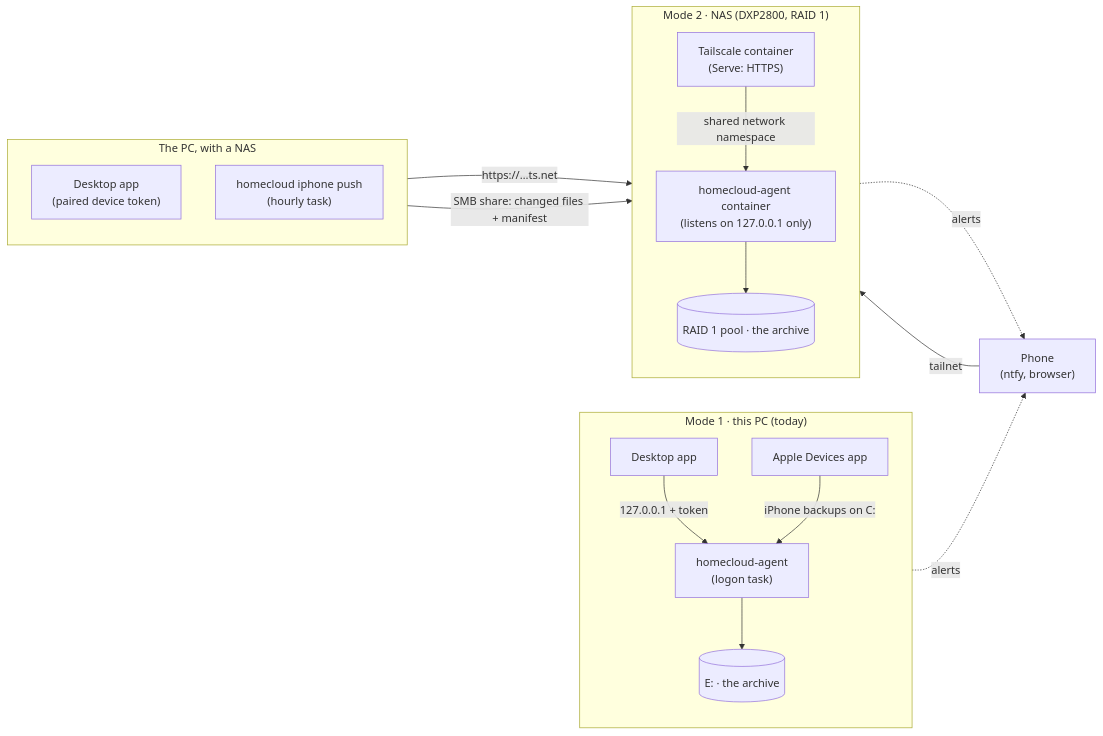
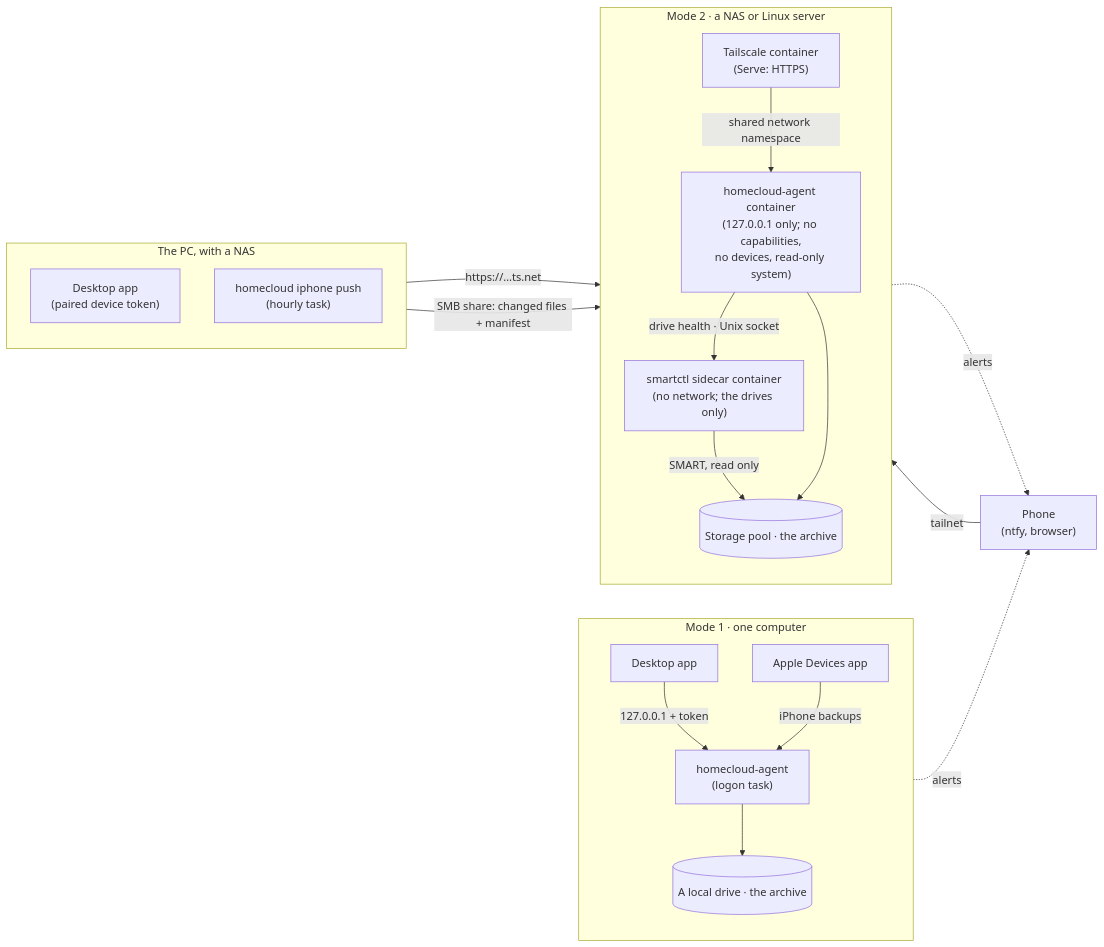
Before and after one commit to vasilistotskas/homecloud: the third of 3 diagrams in README.md, drawn with Mermaid. The commit also changed other lines of this file and 35 other files, not shown here.

````diff
--- a/README.md
+++ b/README.md
@@ -138,32 +140,35 @@
 ```mermaid
 flowchart LR
-    subgraph pc["Mode 1 · this PC (today)"]
+    subgraph pc["Mode 1 · one computer"]
         direction TB
         pcagent["homecloud-agent<br/>(logon task)"]
         pcdesk["Desktop app"]
         pcdevices["Apple Devices app"]
-        pcdisk[("E: · the archive")]
+        pcdisk[("A local drive · the archive")]
         pcdesk -- "127.0.0.1 + token" --> pcagent
         pcagent --> pcdisk
-        pcdevices -- "iPhone backups on C:" --> pcagent
+        pcdevices -- "iPhone backups" --> pcagent
     end
-    subgraph nas["Mode 2 · NAS (DXP2800, RAID 1)"]
+    subgraph nas["Mode 2 · a NAS or Linux server"]
         direction TB
         ts["Tailscale container<br/>(Serve: HTTPS)"]
-        nasagent["homecloud-agent container<br/>(listens on 127.0.0.1 only)"]
-        pool[("RAID 1 pool · the archive")]
+        nasagent["homecloud-agent container<br/>(127.0.0.1 only; no capabilities,<br/>no devices, read-only system)"]
+        smartsc["smartctl sidecar container<br/>(no network; the drives only)"]
+        pool[("Storage pool · the archive")]
         ts -- "shared network namespace" --> nasagent
+        nasagent -- "drive health · Unix socket" --> smartsc
+        smartsc -- "SMART, read only" --> pool
         nasagent --> pool
     end
     subgraph pc2["The PC, with a NAS"]
         direction TB
         desk2["Desktop app<br/>(paired device token)"]
         push["homecloud iphone push<br/>(hourly task)"]
     end
     phone["Phone<br/>(ntfy, browser)"]
     desk2 -- "https://…ts.net" --> ts
     push -- "SMB share: changed files + manifest" --> nasagent
     phone -- "tailnet" --> ts
     nasagent -. "alerts" .-> phone
     pcagent -. "alerts" .-> phone
 ```
````
